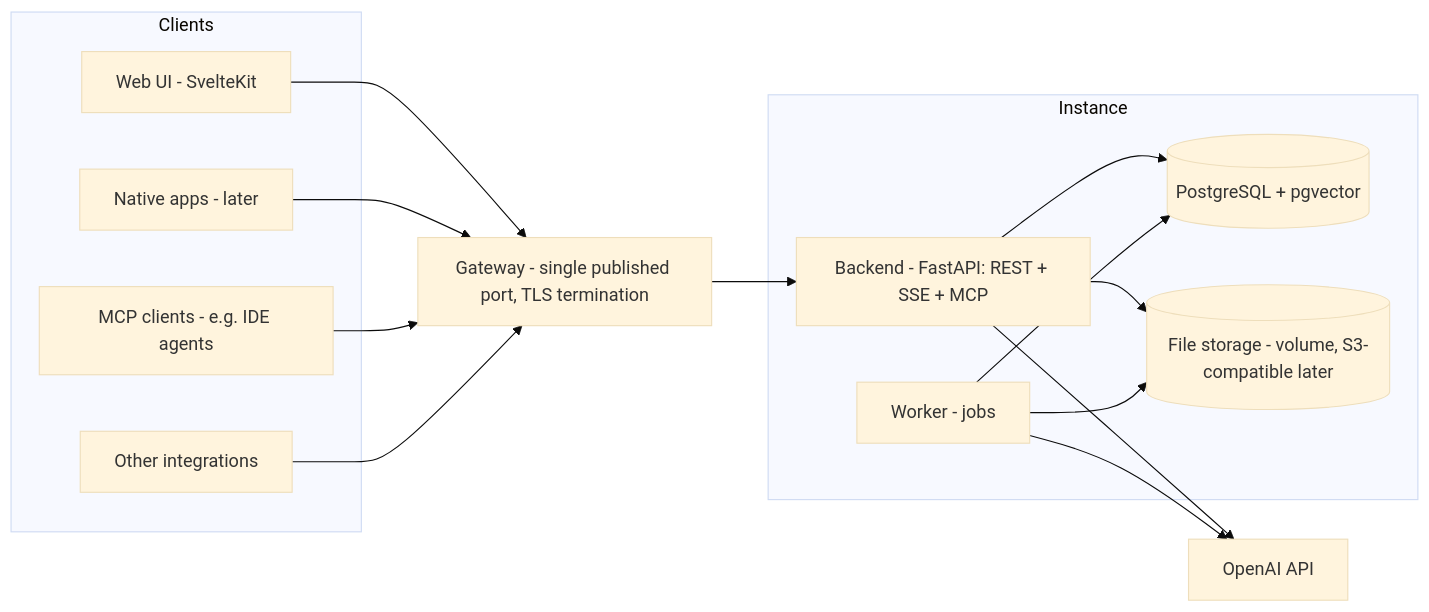
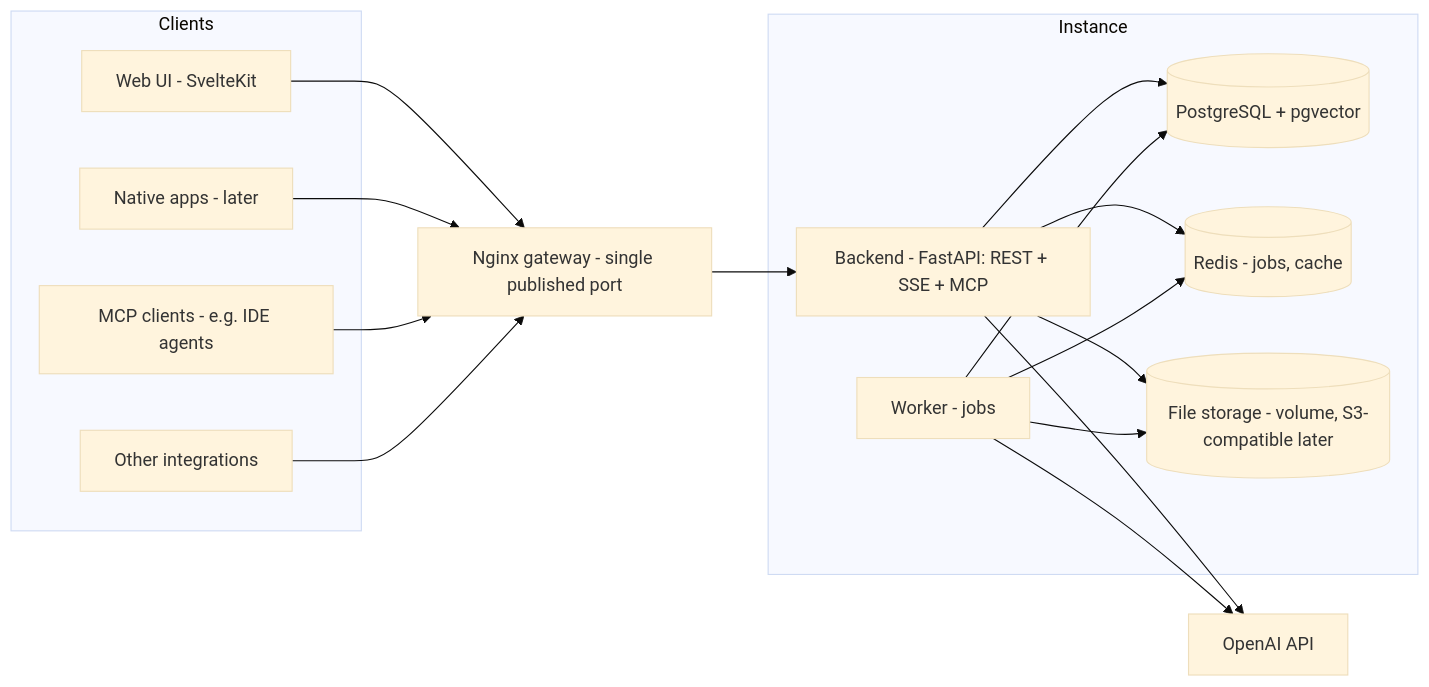
Before and after one commit to marcel-breuer/fidus: the diagram in docs/architecture/overview.md, drawn with Mermaid (base theme). The commit also changed other lines of this file and 4 other files, not shown here.

Commit message:
docs: record architecture decisions for gateway, queue, frontend, RLS and registration

````diff
--- a/docs/architecture/overview.md
+++ b/docs/architecture/overview.md
@@ -15,28 +15,31 @@
 ```mermaid
 flowchart LR
     subgraph Clients
         W[Web UI - SvelteKit]
         A[Native apps - later]
         M[MCP clients - e.g. IDE agents]
         X[Other integrations]
     end
-    GW[Gateway - single published port, TLS termination]
+    GW[Nginx gateway - single published port]
     subgraph Instance
         API[Backend - FastAPI: REST + SSE + MCP]
         WK[Worker - jobs]
         DB[(PostgreSQL + pgvector)]
+        RD[(Redis - jobs, cache)]
         FS[(File storage - volume, S3-compatible later)]
     end
     OAI[OpenAI API]
     W --> GW
     A --> GW
     M --> GW
     X --> GW
     GW --> API
     API --> DB
+    API --> RD
     API --> FS
     WK --> DB
+    WK --> RD
     WK --> FS
     API --> OAI
     WK --> OAI
 ```
````
